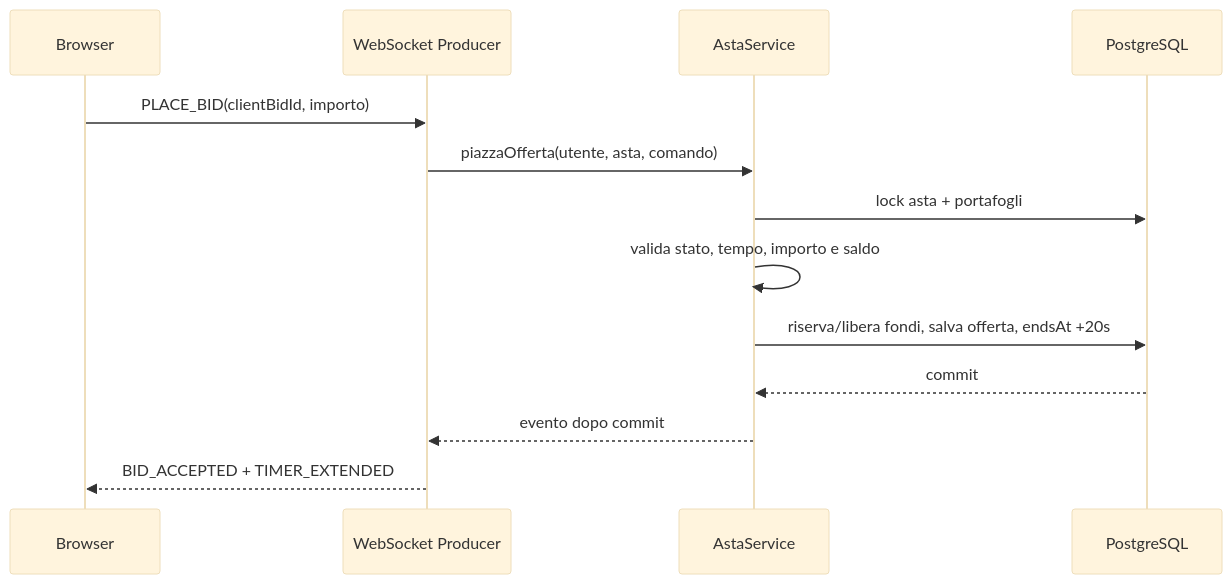
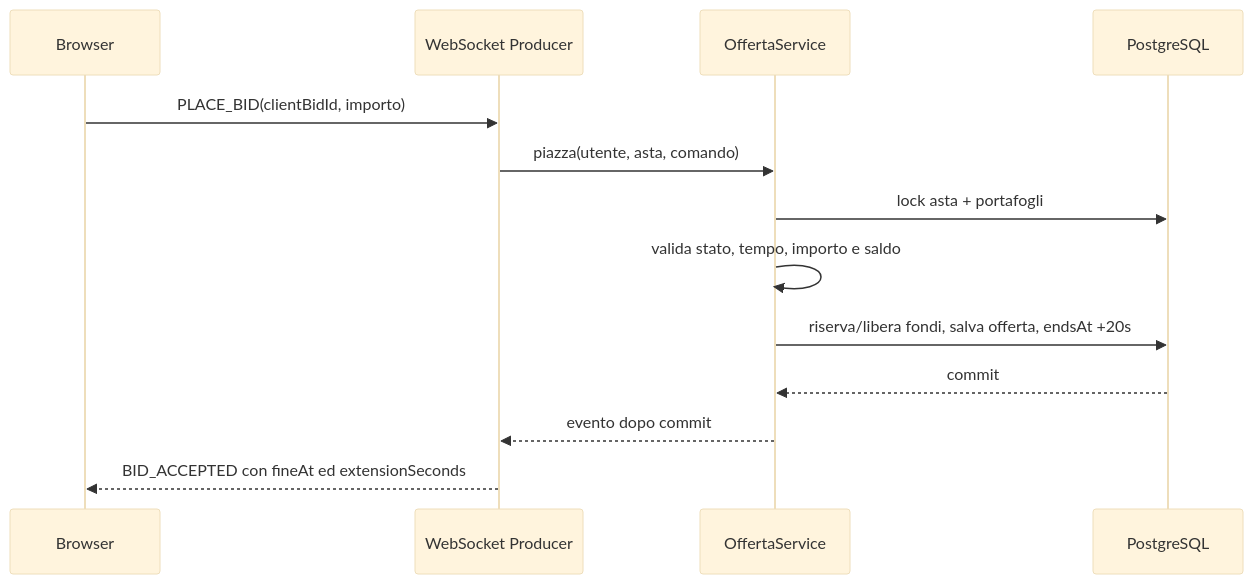
One commit to MatteoCharrierITS/JavaDev-LiveAuction changed the third of 3 diagrams in docs/02-architettura.md. Above: the diagram before and after it, drawn with Mermaid (base theme). The commit also changed other lines of this file and 20 other files, not shown here.

````diff
--- a/docs/02-architettura.md
+++ b/docs/02-architettura.md
@@ -92,15 +98,15 @@
 ```mermaid
 sequenceDiagram
     participant B as Browser
     participant W as WebSocket Producer
-    participant S as AstaService
+    participant S as OffertaService
     participant DB as PostgreSQL
     B->>W: PLACE_BID(clientBidId, importo)
-    W->>S: piazzaOfferta(utente, asta, comando)
+    W->>S: piazza(utente, asta, comando)
     S->>DB: lock asta + portafogli
     S->>S: valida stato, tempo, importo e saldo
     S->>DB: riserva/libera fondi, salva offerta, endsAt +20s
     DB-->>S: commit
     S-->>W: evento dopo commit
-    W-->>B: BID_ACCEPTED + TIMER_EXTENDED
+    W-->>B: BID_ACCEPTED con fineAt ed extensionSeconds
 ```
````
